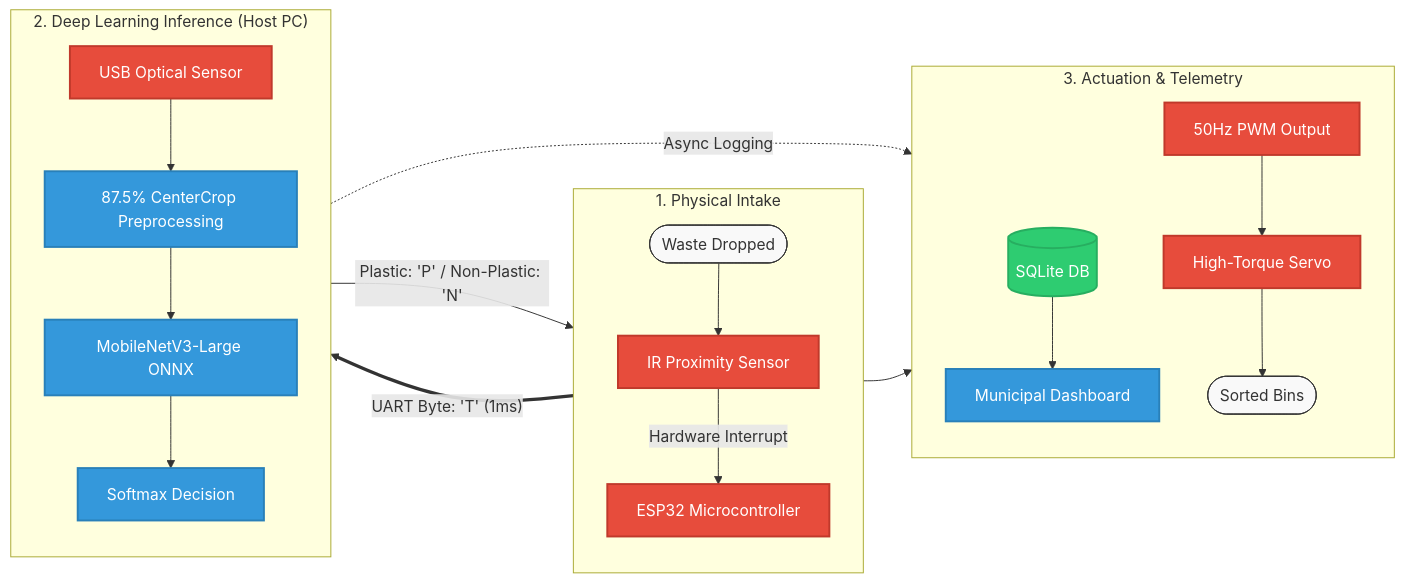
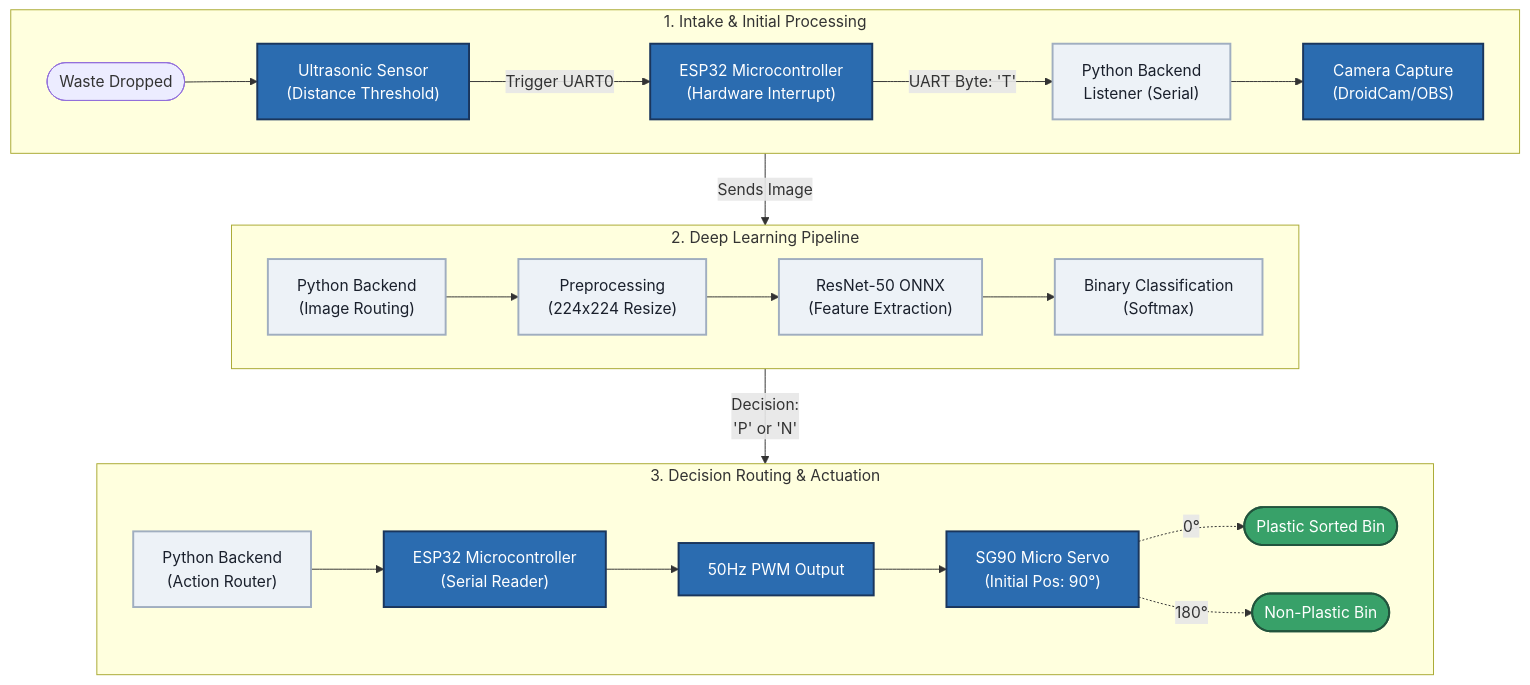
Before and after one commit to AdityaDas5501/Plastic-Detection: the diagram in README.md, drawn with Mermaid. The commit also changed other lines of this file, not shown here.

Commit message:
Update README to reflect ResNet-50 usage

````diff
--- a/README.md
+++ b/README.md
@@ -28,41 +45,40 @@
 ```mermaid
-flowchart LR
-    %% Groupings for structural clarity
-    subgraph Sensing ["1. Physical Intake"]
-        direction TB
-        Drop([Waste Dropped]) --> IR[IR Proximity Sensor]
-        IR -->|Hardware Interrupt| ESP[ESP32 Microcontroller]
+flowchart TD
+    classDef hardware fill:#2b6cb0,stroke:#1a365d,stroke-width:2px,color:#fff
+    classDef software fill:#edf2f7,stroke:#a0aec0,stroke-width:2px,color:#1a202c
+    classDef bin fill:#38a169,stroke:#22543d,stroke-width:2px,color:#fff
+
+    subgraph Row1 ["1. Intake & Initial Processing"]
+        direction LR
+        Drop([Waste Dropped]) --> US["Ultrasonic Sensor<br/>(Distance Threshold)"]
+        US -- "Trigger UART0" --> ESP1["ESP32 Microcontroller<br/>(Hardware Interrupt)"]
+        ESP1 -- "UART Byte: 'T'" --> PyL["Python Backend<br/>Listener (Serial)"]
+        PyL --> Cam["Camera Capture<br/>(DroidCam/OBS)"]
     end
 
-    subgraph Compute ["2. Deep Learning Inference (Host PC)"]
-        direction TB
-        Cam[USB Optical Sensor] --> Pre[87.5% CenterCrop Preprocessing]
-        Pre --> ONNX[MobileNetV3-Large ONNX]
-        ONNX --> Softmax[Softmax Decision]
+    subgraph Row2 ["2. Deep Learning Pipeline"]
+        direction LR
+        PyR["Python Backend<br/>(Image Routing)"] --> Pre["Preprocessing<br/>(224x224 Resize)"]
+        Pre --> ResNet["ResNet-50 ONNX<br/>(Feature Extraction)"]
+        ResNet --> Softmax["Binary Classification<br/>(Softmax)"]
     end
 
-    subgraph Action ["3. Actuation & Telemetry"]
-        direction TB
-        Log[(SQLite DB)] --> Dash[Municipal Dashboard]
-        PWM[50Hz PWM Output] --> Servo[High-Torque Servo]
-        Servo --> Bins([Sorted Bins])
+    subgraph Row3 ["3. Decision Routing & Actuation"]
+        direction LR
+        Act["Python Backend<br/>(Action Router)"] --> ESP2["ESP32 Microcontroller<br/>(Serial Reader)"]
+        ESP2 --> PWM["50Hz PWM Output"]
+        PWM --> Servo["SG90 Micro Servo<br/>(Initial Pos: 90&deg;)"]
+        
+        Servo -. "0&deg;" .-> BinP(["Plastic Sorted Bin"]):::bin
+        Servo -. "180&deg;" .-> BinNP(["Non-Plastic Bin"]):::bin
     end
 
-    %% Flow across systems
-    ESP == "UART Byte: 'T' (1ms)" ==> Cam
-    Softmax -- "Plastic: 'P' / Non-Plastic: 'N'" --> ESP
-    ESP --> PWM
-    Softmax -.->|Async Logging| Log
-    
-    %% Clean styling compatible with GitHub light/dark mode
-    classDef default fill:#f9f9f9,stroke:#333,stroke-width:1px,color:#333
-    classDef hardware fill:#e74c3c,stroke:#c0392b,stroke-width:2px,color:#fff
-    classDef software fill:#3498db,stroke:#2980b9,stroke-width:2px,color:#fff
-    classDef data fill:#2ecc71,stroke:#27ae60,stroke-width:2px,color:#fff
+    %% S-Shape Link Routing
+    Cam -- "Sends Image" --> PyR
+    Softmax -- "Decision:<br/>'P' or 'N'" --> Act
 
-    class Drop,Bins default
-    class IR,ESP,Cam,PWM,Servo hardware
-    class Pre,ONNX,Softmax,Dash software
-    class Log data
+    class Drop default
+    class US,ESP1,ESP2,Cam,PWM,Servo hardware
+    class PyL,PyR,Pre,ResNet,Softmax,Act software
 
 ```
````
